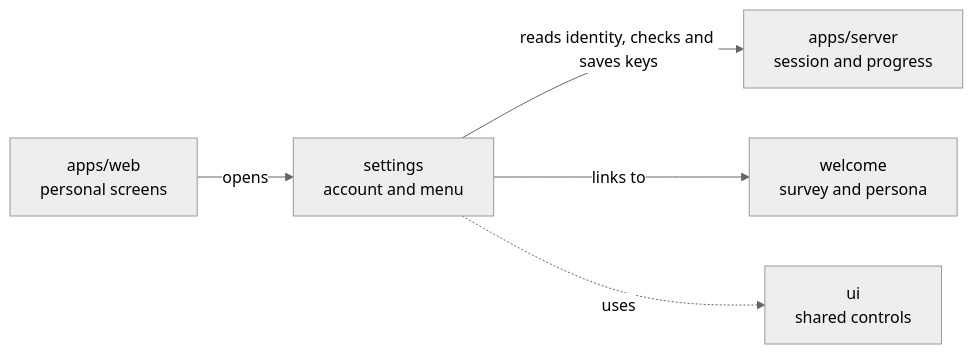
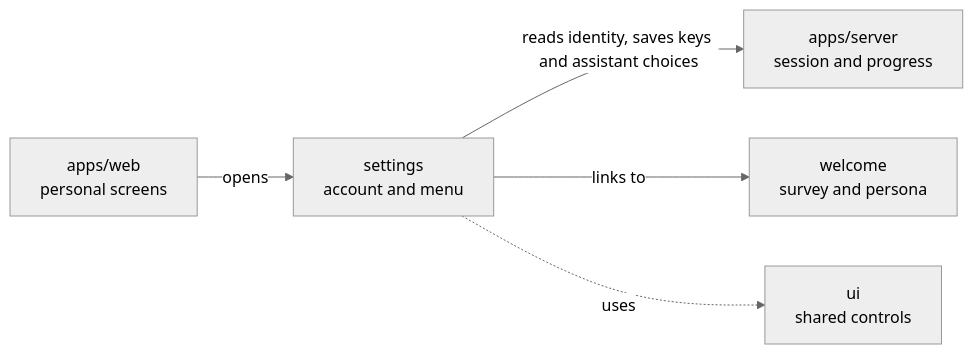
The diagram in apps/web/src/app/settings/README.md (elewa-git/opencrane-new), drawn with Mermaid (neutral theme) before and after one commit. The commit also changed other lines of this file and 103 other files, not shown here.

````diff
--- a/apps/web/src/app/settings/README.md
+++ b/apps/web/src/app/settings/README.md
@@ -14,7 +14,7 @@
 ```mermaid
 flowchart LR
   web["apps/web<br/>personal screens"] -->|opens| settings["settings<br/>account and menu"]
-  settings -->|reads identity, checks and saves keys| server["apps/server<br/>session and progress"]
+  settings -->|reads identity, saves keys and assistant choices| server["apps/server<br/>session and progress"]
   settings -->|links to| welcome["welcome<br/>survey and persona"]
   settings -.->|uses| ui["ui<br/>shared controls"]
 ```
````
